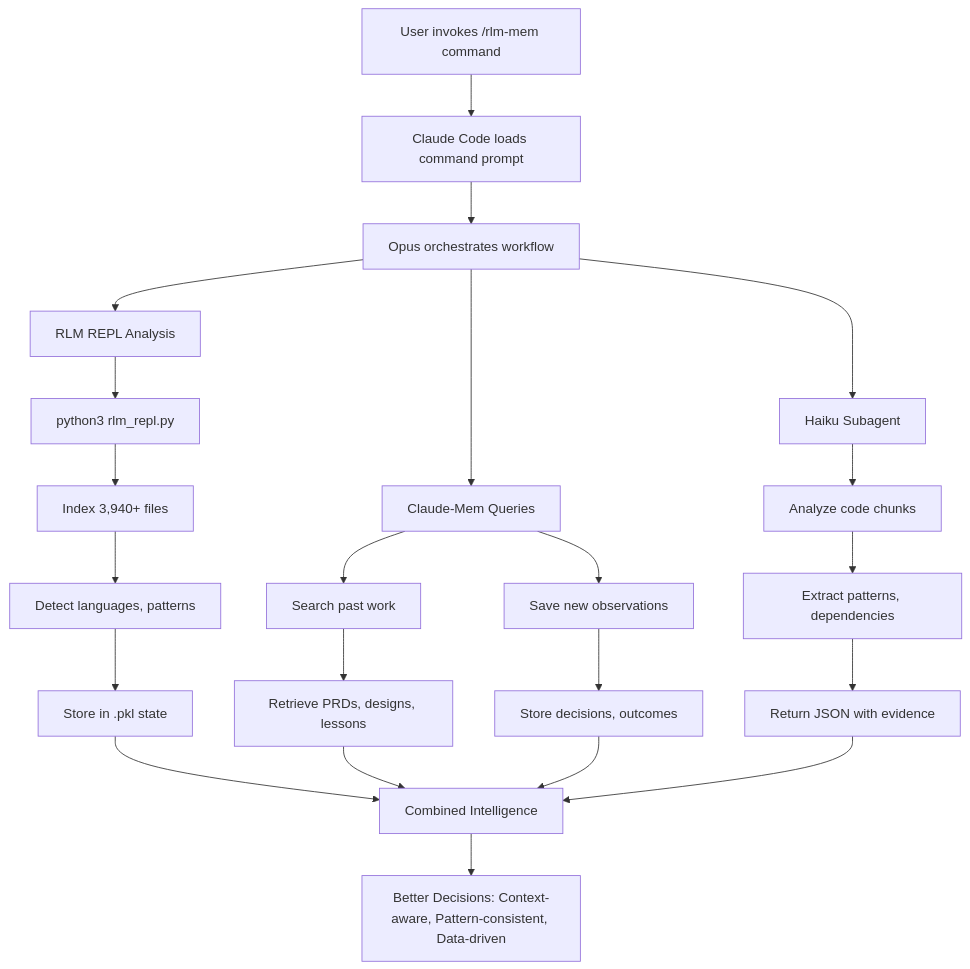
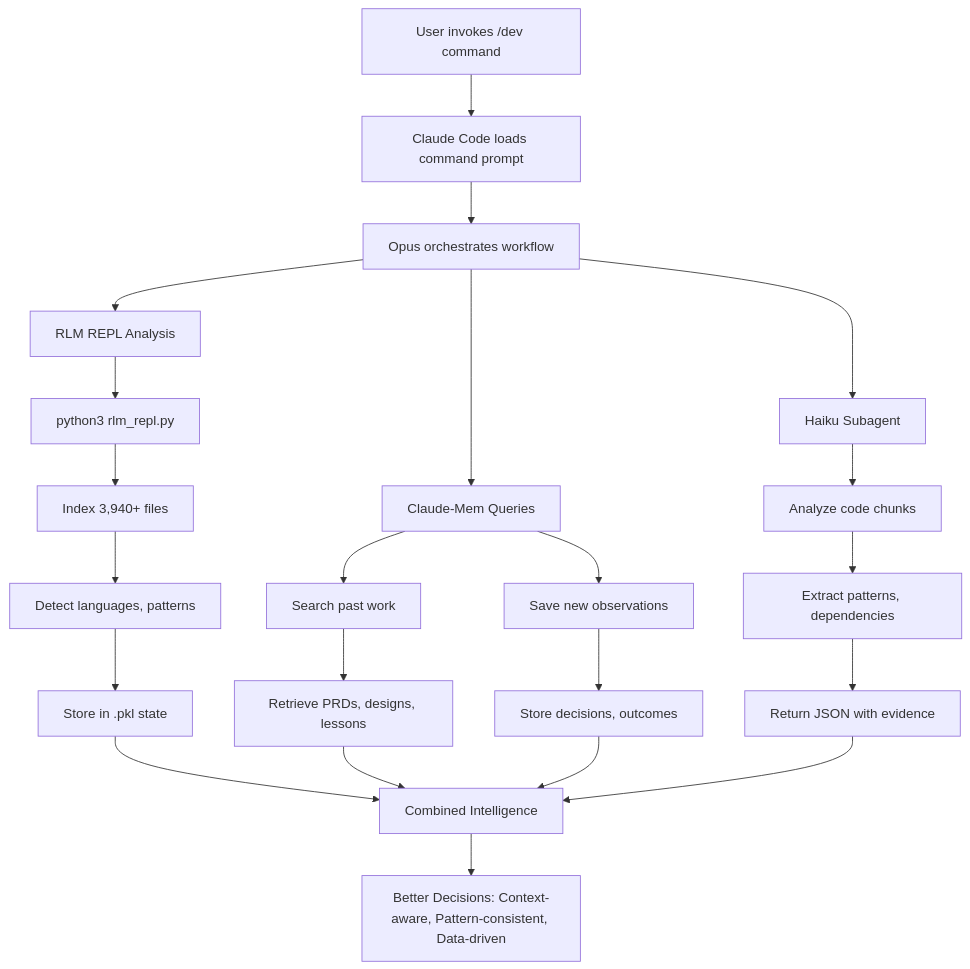
Before and after one commit to povesma/rlm-mem: the diagram in README.md, drawn with Mermaid. The commit also changed other lines of this file and 29 other files, not shown here.

Commit message:
Rename /rlm-mem:* commands to /dev:* with flat structure

````diff
--- a/README.md
+++ b/README.md
@@ -15,30 +15,30 @@
 ```mermaid
 graph TD
-    A[User invokes /rlm-mem command] --> B[Claude Code loads command prompt]
+    A[User invokes /dev command] --> B[Claude Code loads command prompt]
     B --> C[Opus orchestrates workflow]
 
     C --> D[RLM REPL Analysis]
     C --> E[Claude-Mem Queries]
     C --> F[Haiku Subagent]
 
     D --> G[python3 rlm_repl.py]
     G --> H[Index 3,940+ files]
     H --> I[Detect languages, patterns]
     I --> J[Store in .pkl state]
 
     E --> K[Search past work]
     E --> L[Save new observations]
     K --> M[Retrieve PRDs, designs, lessons]
     L --> N[Store decisions, outcomes]
 
     F --> O[Analyze code chunks]
     O --> P[Extract patterns, dependencies]
     P --> Q[Return JSON with evidence]
 
     J --> R[Combined Intelligence]
     M --> R
     N --> R
     Q --> R
 
     R --> S[Better Decisions: Context-aware, Pattern-consistent, Data-driven]
 ```
````
